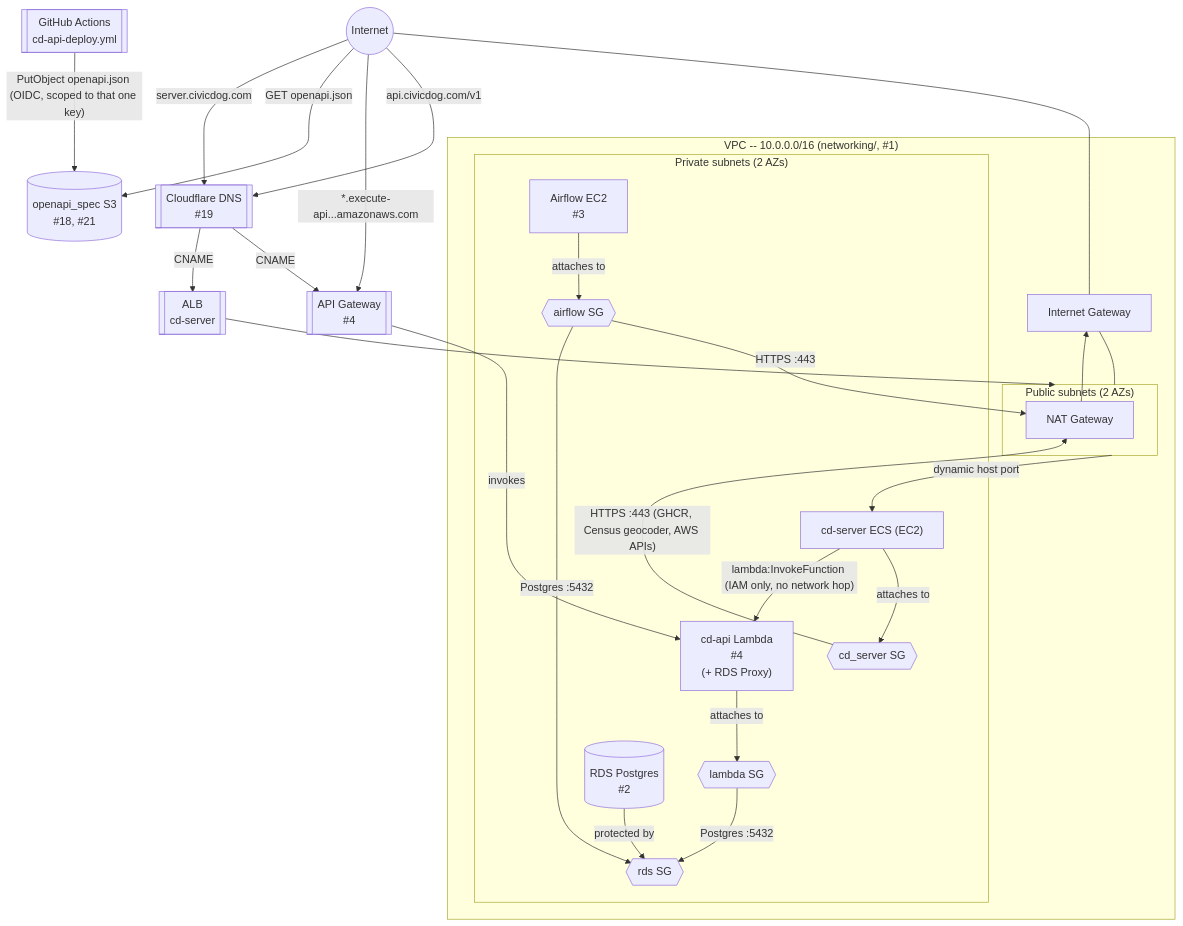
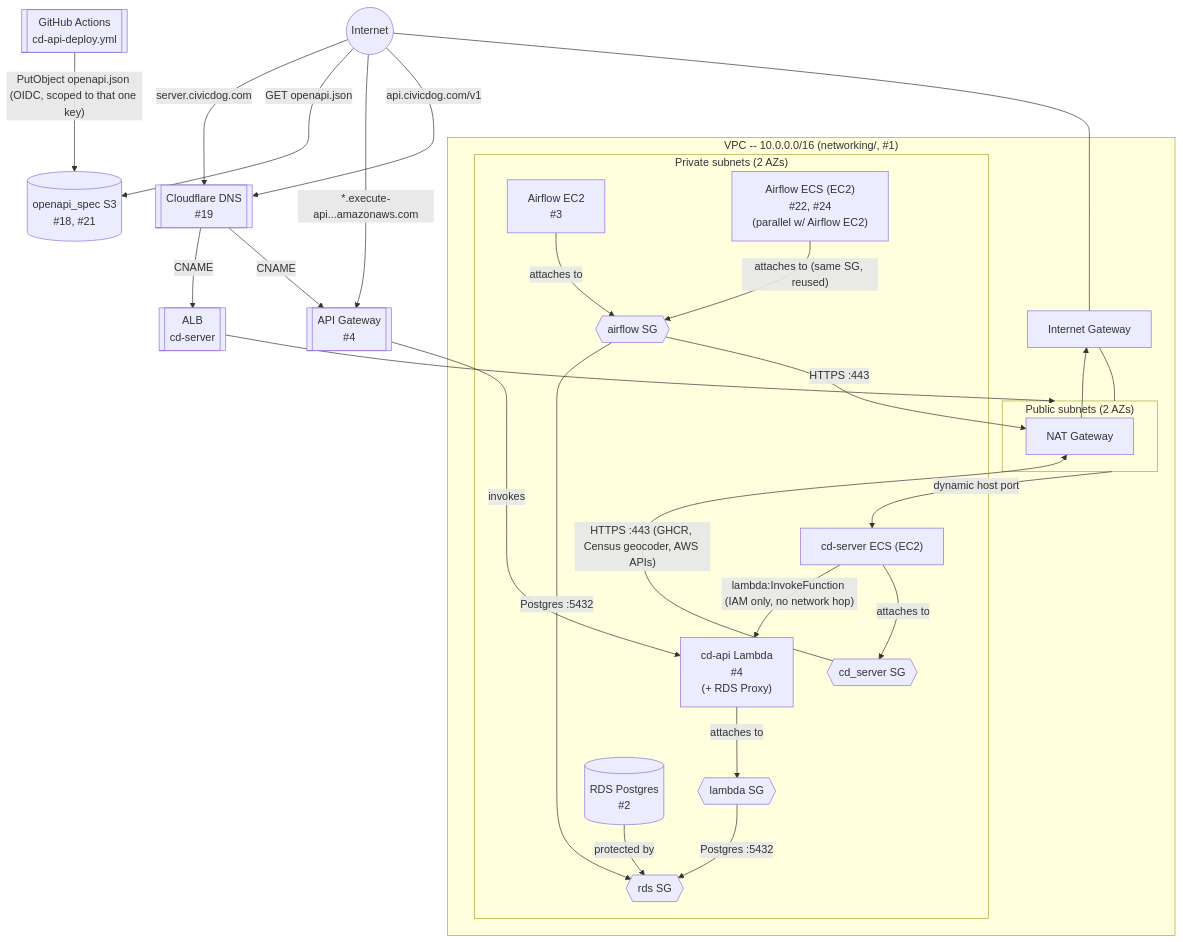
One commit to rchacon/cd-infra changed the diagram in README.md. Above: the diagram before and after it, drawn with Mermaid. The commit also changed other lines of this file and 9 other files, not shown here.

````diff
--- a/README.md
+++ b/README.md
@@ -8,53 +8,55 @@
 ```mermaid
 flowchart TB
     internet(("Internet"))
     cf[["Cloudflare DNS<br/>#19"]]
     apigw[["API Gateway<br/>#4"]]
     openapi[("openapi_spec S3<br/>#18, #21")]
     gha[["GitHub Actions<br/>cd-api-deploy.yml"]]
     alb[["ALB<br/>cd-server"]]
 
     subgraph vpc["VPC -- 10.0.0.0/16 (networking/, #1)"]
         igw["Internet Gateway"]
 
         subgraph pub["Public subnets (2 AZs)"]
             nat["NAT Gateway"]
         end
 
         subgraph priv["Private subnets (2 AZs)"]
             rds_sg{{"rds SG"}}
             airflow_sg{{"airflow SG"}}
             lambda_sg{{"lambda SG"}}
             cd_server_sg{{"cd_server SG"}}
             rds[("RDS Postgres<br/>#2")]
             airflow["Airflow EC2<br/>#3"]
+            airflow_ecs["Airflow ECS (EC2)<br/>#22, #24<br/>(parallel w/ Airflow EC2)"]
             lambda["cd-api Lambda<br/>#4<br/>(+ RDS Proxy)"]
             cd_server["cd-server ECS (EC2)"]
         end
     end
 
     internet --- igw
     igw --- pub
     internet -- "api.civicdog.com/v1" --> cf
     cf -- CNAME --> apigw
     internet -- "*.execute-api...amazonaws.com" --> apigw
     internet -- "GET openapi.json" --> openapi
     gha -- "PutObject openapi.json (OIDC, scoped to that one key)" --> openapi
     apigw -- invokes --> lambda
     internet -- "server.civicdog.com" --> cf
     cf -- CNAME --> alb
     alb --> pub
     pub -- "dynamic host port" --> cd_server
 
     rds -- protected by --> rds_sg
     airflow -- attaches to --> airflow_sg
+    airflow_ecs -- "attaches to (same SG, reused)" --> airflow_sg
     lambda -- attaches to --> lambda_sg
     cd_server -- attaches to --> cd_server_sg
 
     airflow_sg -- "HTTPS :443" --> nat
     nat --> igw
     airflow_sg -- "Postgres :5432" --> rds_sg
     lambda_sg -- "Postgres :5432" --> rds_sg
     cd_server_sg -- "HTTPS :443 (GHCR, Census geocoder, AWS APIs)" --> nat
     cd_server -- "lambda:InvokeFunction (IAM only, no network hop)" --> lambda
 ```
````
